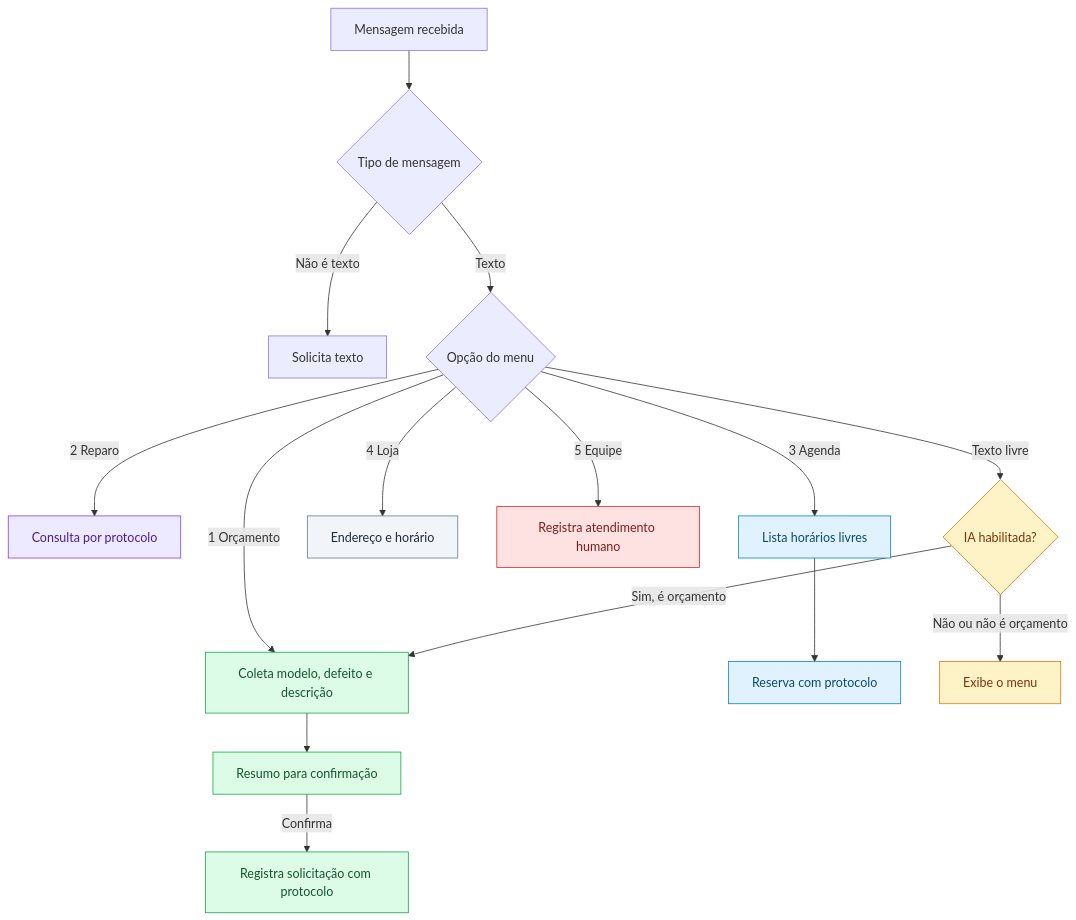
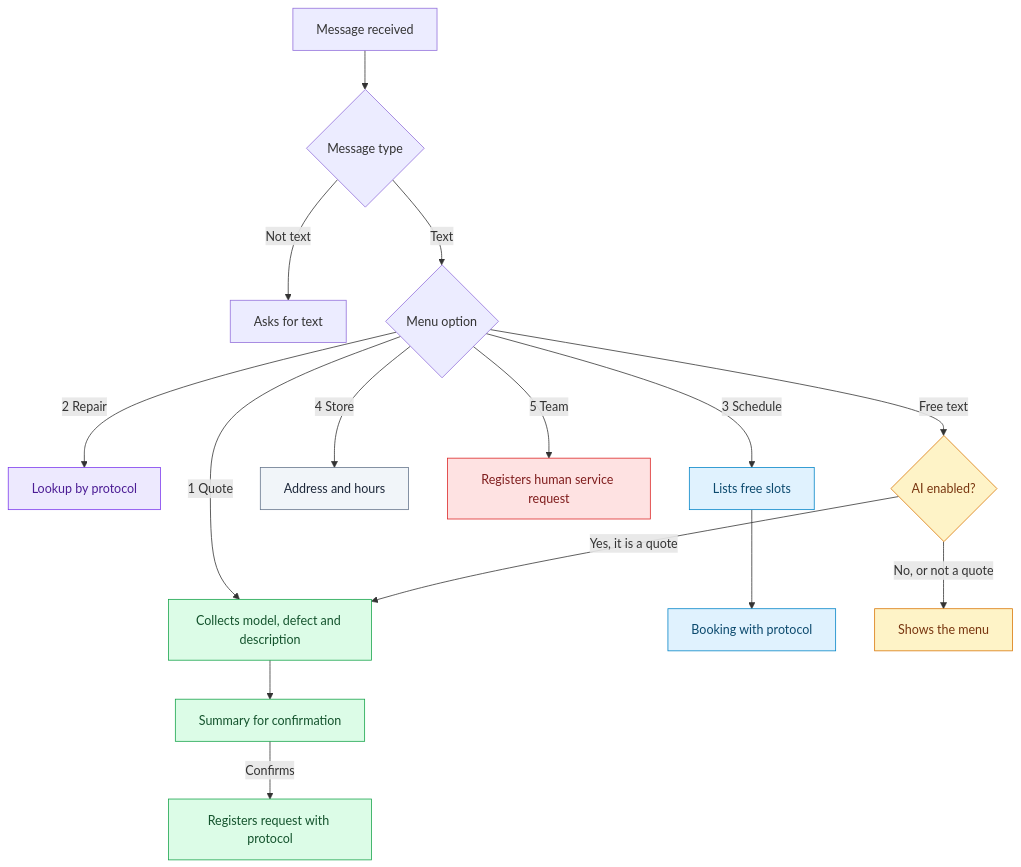
The second of 4 diagrams in README.md (jcesarmph-ui/conserta-facil), drawn with Mermaid before and after one commit. The commit also changed other lines of this file and 1 other file, not shown here.

First line of the commit message:
Adiciona README em inglês com seletor de idioma

````diff
--- a/README.md
+++ b/README.md
@@ -103,30 +117,30 @@
 ```mermaid
 flowchart TD
-    A[Mensagem recebida] --> B{Tipo de mensagem}
-    B -->|Não é texto| C[Solicita texto]
-    B -->|Texto| D{Opção do menu}
-    D -->|1 Orçamento| E[Coleta modelo, defeito e descrição]
-    E --> F[Resumo para confirmação]
-    F -->|Confirma| G[Registra solicitação com protocolo]
-    D -->|2 Reparo| H[Consulta por protocolo]
-    D -->|3 Agenda| I[Lista horários livres]
-    I --> J[Reserva com protocolo]
-    D -->|4 Loja| K[Endereço e horário]
-    D -->|5 Equipe| L[Registra atendimento humano]
-    D -->|Texto livre| M{IA habilitada?}
-    M -->|Sim, é orçamento| E
-    M -->|Não ou não é orçamento| N[Exibe o menu]
+    A[Message received] --> B{Message type}
+    B -->|Not text| C[Asks for text]
+    B -->|Text| D{Menu option}
+    D -->|1 Quote| E[Collects model, defect and description]
+    E --> F[Summary for confirmation]
+    F -->|Confirms| G[Registers request with protocol]
+    D -->|2 Repair| H[Lookup by protocol]
+    D -->|3 Schedule| I[Lists free slots]
+    I --> J[Booking with protocol]
+    D -->|4 Store| K[Address and hours]
+    D -->|5 Team| L[Registers human service request]
+    D -->|Free text| M{AI enabled?}
+    M -->|Yes, it is a quote| E
+    M -->|No, or not a quote| N[Shows the menu]
 
     classDef orcamento fill:#DCFCE7,stroke:#16A34A,color:#14532D
     classDef reparo fill:#EDE9FE,stroke:#7C3AED,color:#4C1D95
     classDef agenda fill:#E0F2FE,stroke:#0284C7,color:#0C4A6E
     classDef loja fill:#F1F5F9,stroke:#64748B,color:#1E293B
     classDef equipe fill:#FEE2E2,stroke:#DC2626,color:#7F1D1D
     classDef ia fill:#FEF3C7,stroke:#D97706,color:#78350F
     class E,F,G orcamento
     class H reparo
     class I,J agenda
     class K loja
     class L equipe
     class M,N ia
 ```
````
